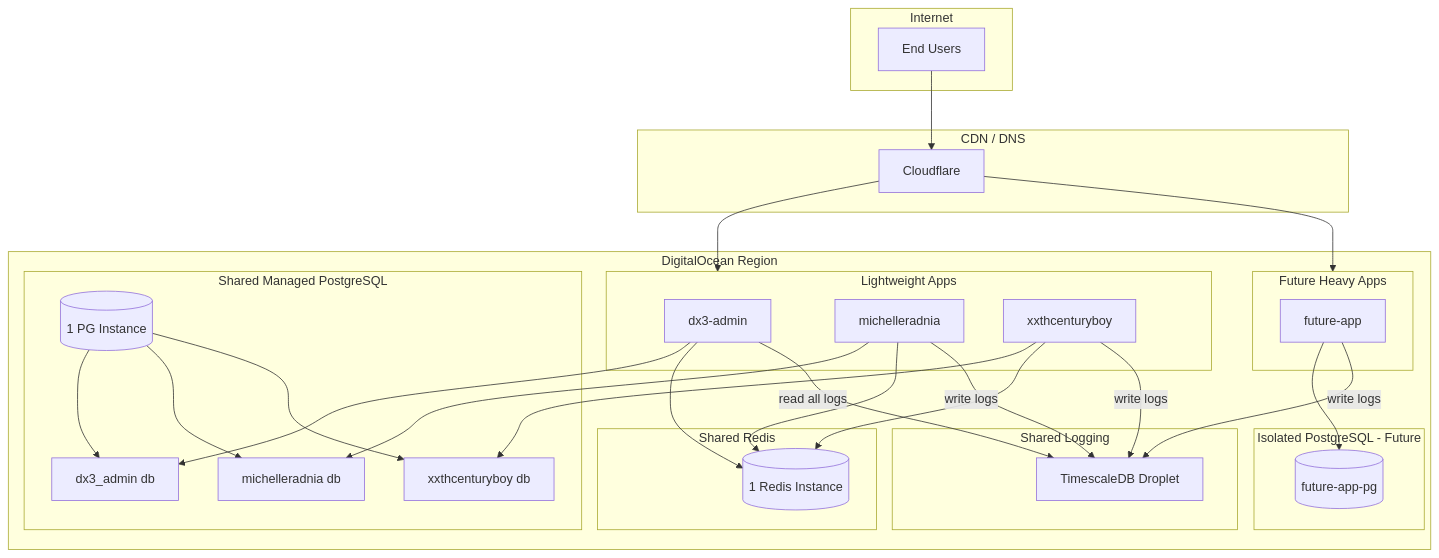
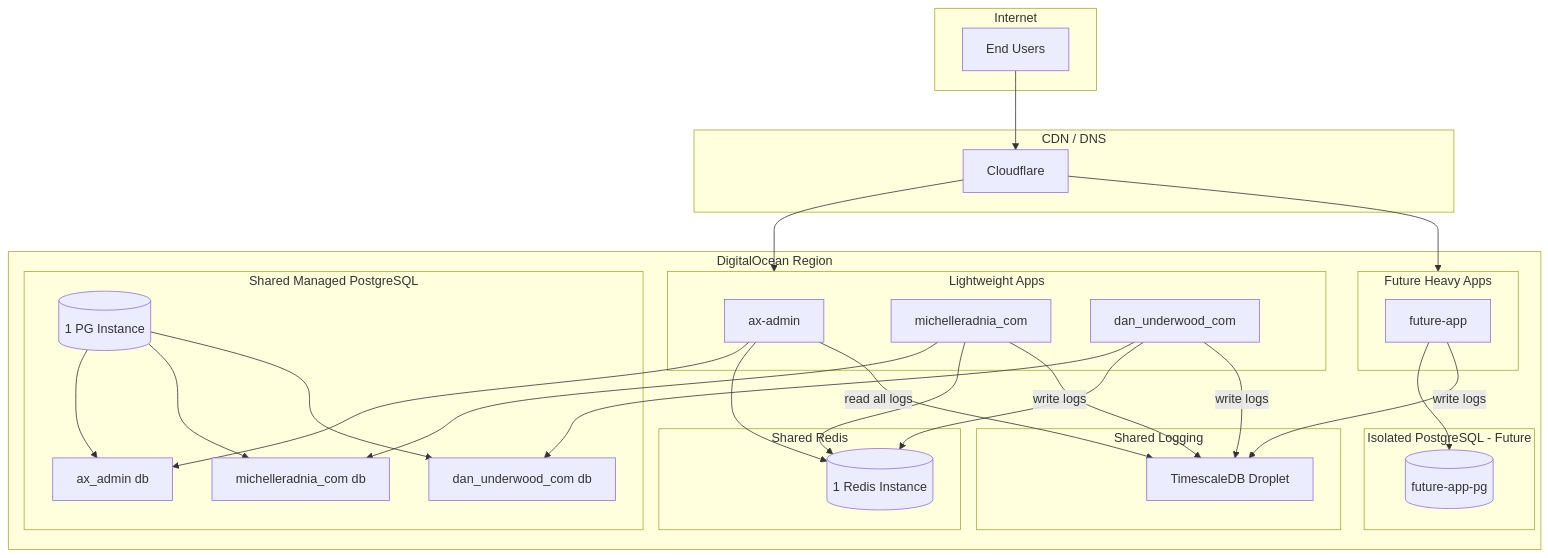
The seventh of 8 diagrams in docs/MULTI-APP-ECOSYSTEM-ARCHITECTURE.md (xxthcenturyboy/DX3-Monorepo), drawn with Mermaid before and after one commit. The commit also changed other lines of this file and 21 other files, not shown here.

````diff
--- a/docs/MULTI-APP-ECOSYSTEM-ARCHITECTURE.md
+++ b/docs/MULTI-APP-ECOSYSTEM-ARCHITECTURE.md
@@ -661,63 +661,63 @@
 ```mermaid
 flowchart TB
     subgraph Internet [Internet]
         Users[End Users]
     end
 
     subgraph CDN [CDN / DNS]
         Cloudflare[Cloudflare]
     end
 
     subgraph DORegion [DigitalOcean Region]
         subgraph LightweightAppPlatform [Lightweight Apps]
-            Dx3AdminApp[dx3-admin]
-            MichelleApp[michelleradnia]
-            XxthApp[xxthcenturyboy]
+            Dx3AdminApp[ax-admin]
+            MichelleApp[michelleradnia_com]
+            XxthApp[dan_underwood_com]
         end
 
         subgraph HeavyAppPlatform [Future Heavy Apps]
             FutureApp[future-app]
         end
 
         subgraph SharedManagedDB [Shared Managed PostgreSQL]
             SharedPG[(1 PG Instance)]
-            Dx3AdminDB[dx3_admin db]
-            MichelleDB[michelleradnia db]
-            XxthDB[xxthcenturyboy db]
+            Dx3AdminDB[ax_admin db]
+            MichelleDB[michelleradnia_com db]
+            XxthDB[dan_underwood_com db]
             SharedPG --> Dx3AdminDB
             SharedPG --> MichelleDB
             SharedPG --> XxthDB
         end
 
         subgraph SharedManagedRedis [Shared Redis]
             SharedRedis[(1 Redis Instance)]
         end
 
         subgraph IsolatedManagedDBs [Isolated PostgreSQL - Future]
             FuturePG[(future-app-pg)]
         end
 
         subgraph SharedLogging [Shared Logging]
             TimescaleDroplet[TimescaleDB Droplet]
         end
     end
 
     Users --> Cloudflare
     Cloudflare --> LightweightAppPlatform
     Cloudflare --> HeavyAppPlatform
 
     Dx3AdminApp --> Dx3AdminDB
     MichelleApp --> MichelleDB
     XxthApp --> XxthDB
 
     Dx3AdminApp --> SharedRedis
     MichelleApp --> SharedRedis
     XxthApp --> SharedRedis
 
     FutureApp --> FuturePG
 
     Dx3AdminApp -->|read all logs| TimescaleDroplet
     MichelleApp -->|write logs| TimescaleDroplet
     XxthApp -->|write logs| TimescaleDroplet
     FutureApp -->|write logs| TimescaleDroplet
 ```
````
